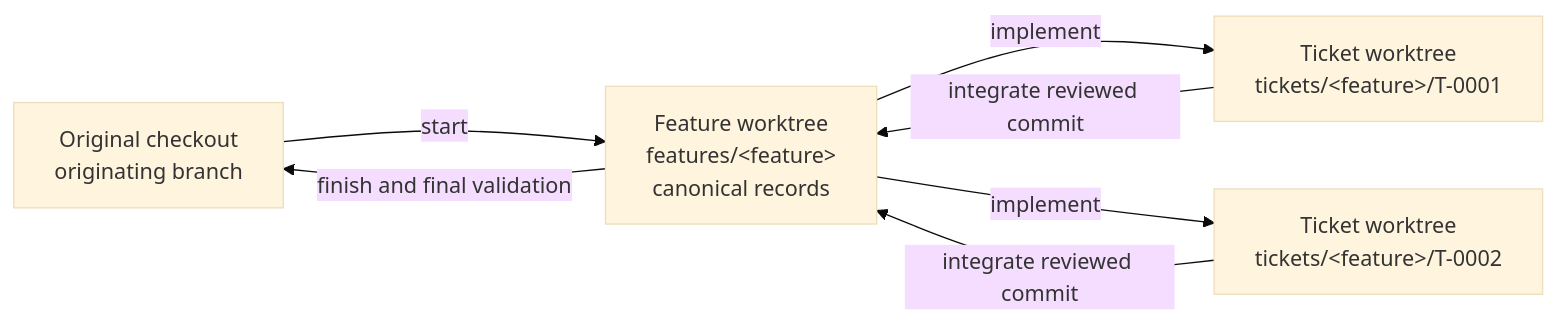
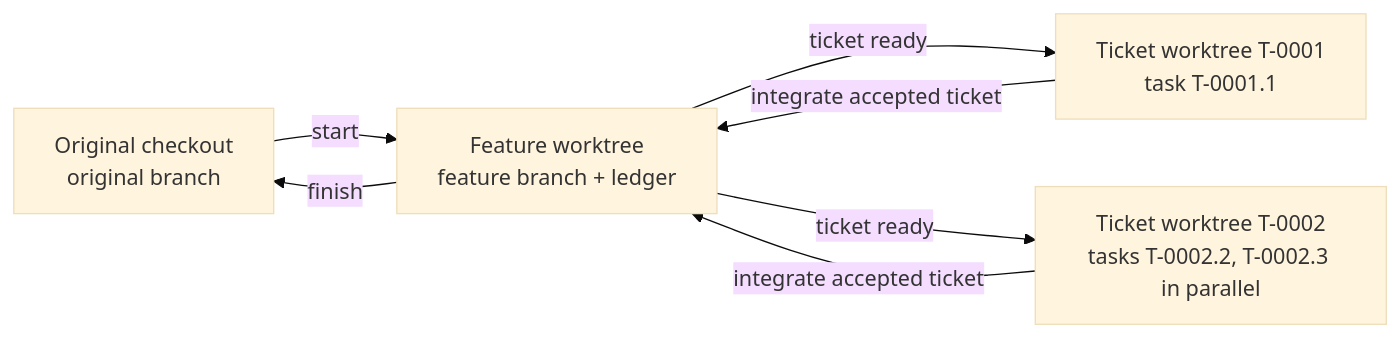
The first of 7 diagrams in SDD-WORKFLOWS.md (UseTheFork/spindle), drawn with Mermaid (base theme) before and after one commit. The commit also changed other lines of this file and 1 other file, not shown here.

````diff
--- a/SDD-WORKFLOWS.md
+++ b/SDD-WORKFLOWS.md
@@ -31,13 +53,13 @@
 ```mermaid
 flowchart LR
-    Original["Original checkout<br/>originating branch"]
-    Feature["Feature worktree<br/>features/&lt;feature&gt;<br/>canonical records"]
-    Ticket1["Ticket worktree<br/>tickets/&lt;feature&gt;/T-0001"]
-    Ticket2["Ticket worktree<br/>tickets/&lt;feature&gt;/T-0002"]
-    Original -->|"start"| Feature
-    Feature -->|"implement"| Ticket1
-    Feature -->|"implement"| Ticket2
-    Ticket1 -->|"integrate reviewed commit"| Feature
-    Ticket2 -->|"integrate reviewed commit"| Feature
-    Feature -->|"finish and final validation"| Original
+    O["Original checkout<br/>original branch"]
+    F["Feature worktree<br/>feature branch + ledger"]
+    T1["Ticket worktree T-0001<br/>task T-0001.1"]
+    T2["Ticket worktree T-0002<br/>tasks T-0002.2, T-0002.3 in parallel"]
+    O -->|"start"| F
+    F -->|"ticket ready"| T1
+    F -->|"ticket ready"| T2
+    T1 -->|"integrate accepted ticket"| F
+    T2 -->|"integrate accepted ticket"| F
+    F -->|"finish"| O
 ```
````
